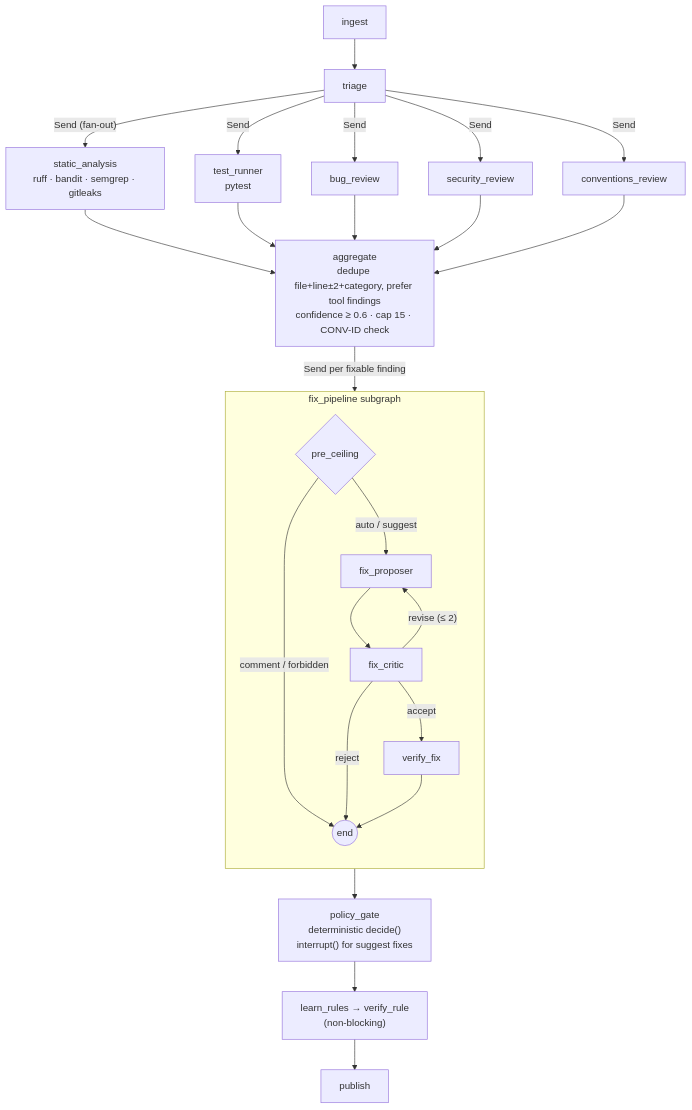
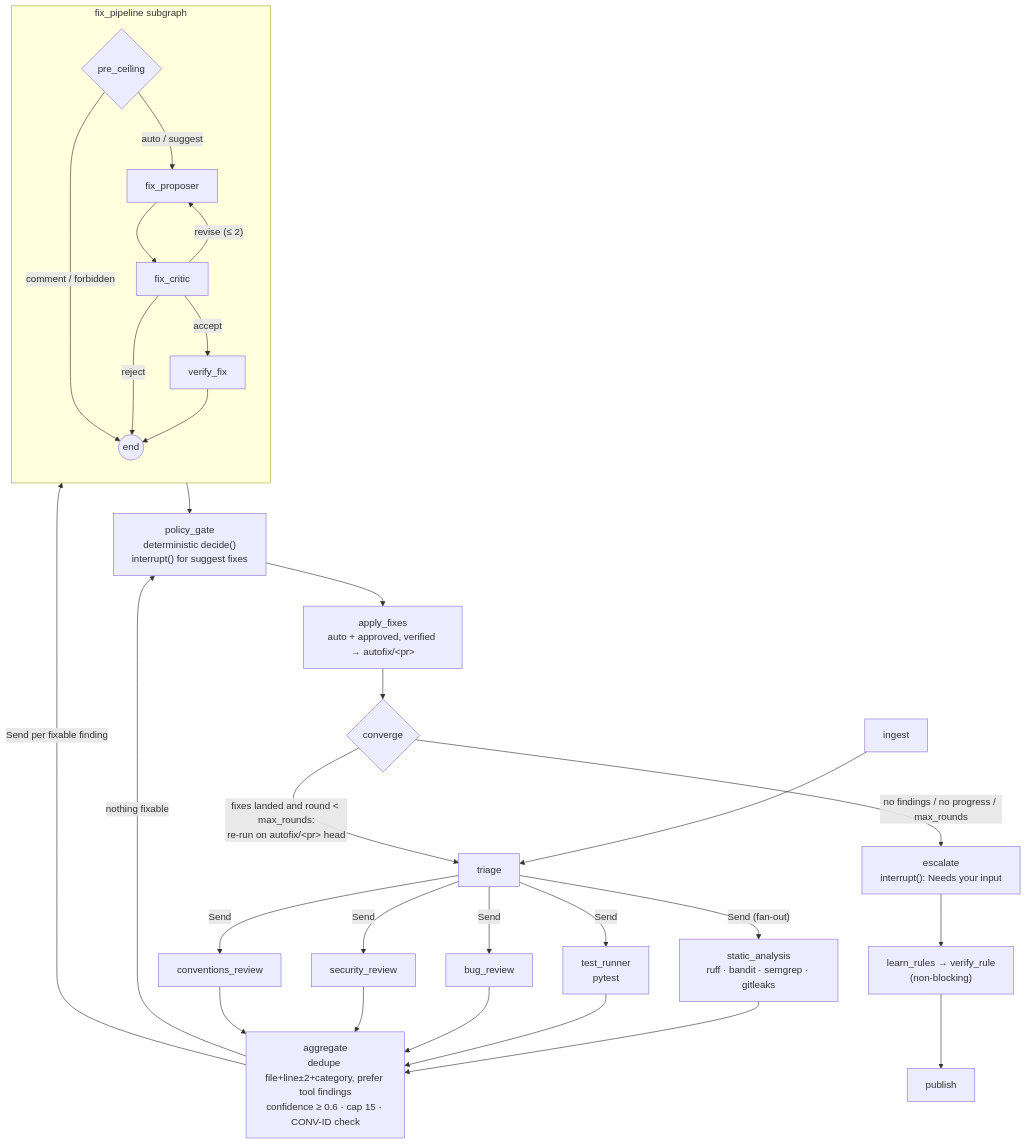
Before and after one commit to niroavram/pr-review-agent: the first of 2 diagrams in docs/IMPLEMENTATION_PLAN.md, drawn with Mermaid. The commit also changed other lines of this file and 1 other file, not shown here.

````diff
--- a/docs/IMPLEMENTATION_PLAN.md
+++ b/docs/IMPLEMENTATION_PLAN.md
@@ -76,24 +78,29 @@
 ```mermaid
 flowchart TD
     ingest --> triage
     triage -- "Send (fan-out)" --> SA[static_analysis<br/>ruff · bandit · semgrep · gitleaks]
     triage -- Send --> TR[test_runner<br/>pytest]
     triage -- Send --> BR[bug_review]
     triage -- Send --> SR[security_review]
     triage -- Send --> CR[conventions_review]
     SA & TR & BR & SR & CR --> AGG["aggregate<br/>dedupe file+line±2+category, prefer tool findings<br/>confidence ≥ 0.6 · cap 15 · CONV-ID check"]
     AGG -- "Send per fixable finding" --> FP
     subgraph FP [fix_pipeline subgraph]
         direction TB
         PC{pre_ceiling} -- "comment / forbidden" --> FEND((end))
         PC -- "auto / suggest" --> PROP[fix_proposer]
         PROP --> CRIT[fix_critic]
         CRIT -- "revise (≤ 2)" --> PROP
         CRIT -- reject --> FEND
         CRIT -- accept --> VER[verify_fix]
         VER --> FEND
     end
     FP --> GATE["policy_gate<br/>deterministic decide()<br/>interrupt() for suggest fixes"]
-    GATE --> LEARN["learn_rules → verify_rule<br/>(non-blocking)"]
+    AGG -- "nothing fixable" --> GATE
+    GATE --> APPLY["apply_fixes<br/>auto + approved, verified → autofix/&lt;pr&gt;"]
+    APPLY --> CONV{"converge"}
+    CONV -- "fixes landed and round < max_rounds:<br/>re-run on autofix/&lt;pr&gt; head" --> triage
+    CONV -- "no findings / no progress / max_rounds" --> ESC["escalate<br/>interrupt(): Needs your input"]
+    ESC --> LEARN["learn_rules → verify_rule<br/>(non-blocking)"]
     LEARN --> PUB[publish]
 ```
````
